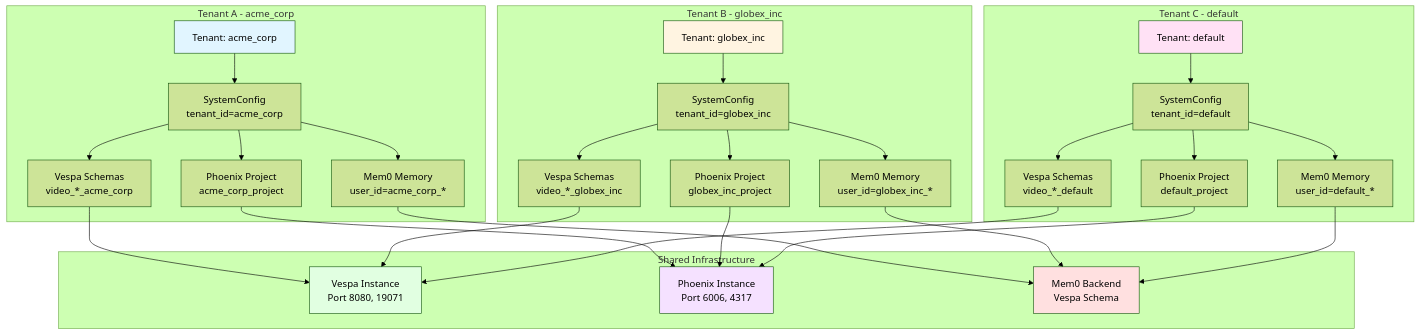
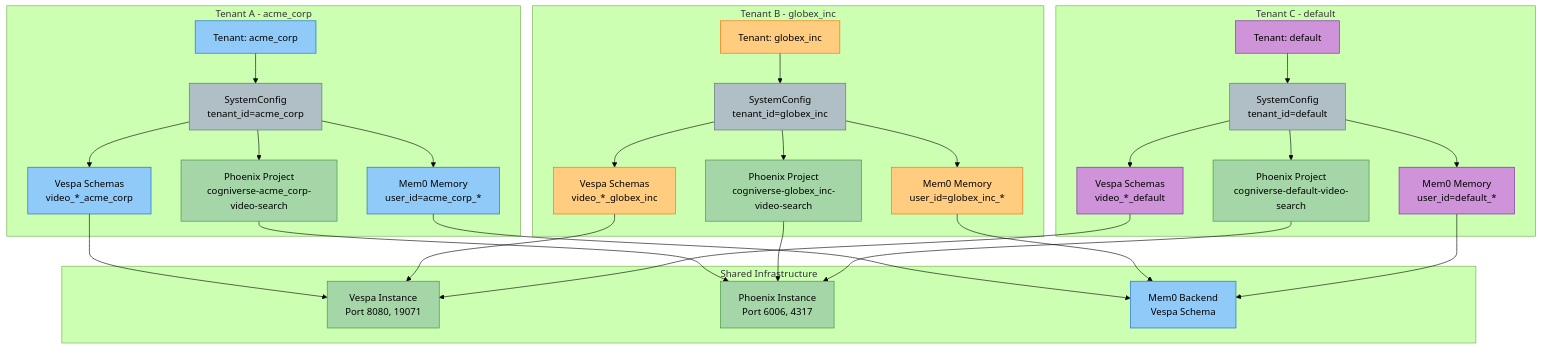
The first of 19 diagrams in docs/diagrams/multi-tenant-diagrams.md (amit-jain/cogniverse), drawn with Mermaid (forest theme) before and after one commit. The commit also changed other lines of this file and 83 other files, not shown here.

First line of the commit message:
Fix documentation veracity, formatting, and diagrams across all modules

````diff
--- a/docs/diagrams/multi-tenant-diagrams.md
+++ b/docs/diagrams/multi-tenant-diagrams.md
@@ -22,66 +18,78 @@
 ```mermaid
-graph TB
+flowchart TB
     subgraph "Tenant A - acme_corp"
-        TenantA[Tenant: acme_corp]
-        ConfigA[SystemConfig<br/>tenant_id=acme_corp]
-        SchemaA[Vespa Schemas<br/>video_*_acme_corp]
-        PhoenixA[Phoenix Project<br/>acme_corp_project]
-        MemoryA[Mem0 Memory<br/>user_id=acme_corp_*]
+        TenantA["<span style='color:#000'>Tenant: acme_corp</span>"]
+        ConfigA["<span style='color:#000'>SystemConfig<br/>tenant_id=acme_corp</span>"]
+        SchemaA["<span style='color:#000'>Vespa Schemas<br/>video_*_acme_corp</span>"]
+        PhoenixA["<span style='color:#000'>Phoenix Project<br/>cogniverse-acme_corp-video-search</span>"]
+        MemoryA["<span style='color:#000'>Mem0 Memory<br/>user_id=acme_corp_*</span>"]
     end
 
     subgraph "Tenant B - globex_inc"
-        TenantB[Tenant: globex_inc]
-        ConfigB[SystemConfig<br/>tenant_id=globex_inc]
-        SchemaB[Vespa Schemas<br/>video_*_globex_inc]
-        PhoenixB[Phoenix Project<br/>globex_inc_project]
-        MemoryB[Mem0 Memory<br/>user_id=globex_inc_*]
+        TenantB["<span style='color:#000'>Tenant: globex_inc</span>"]
+        ConfigB["<span style='color:#000'>SystemConfig<br/>tenant_id=globex_inc</span>"]
+        SchemaB["<span style='color:#000'>Vespa Schemas<br/>video_*_globex_inc</span>"]
+        PhoenixB["<span style='color:#000'>Phoenix Project<br/>cogniverse-globex_inc-video-search</span>"]
+        MemoryB["<span style='color:#000'>Mem0 Memory<br/>user_id=globex_inc_*</span>"]
     end
 
     subgraph "Tenant C - default"
-        TenantC[Tenant: default]
-        ConfigC[SystemConfig<br/>tenant_id=default]
-        SchemaC[Vespa Schemas<br/>video_*_default]
-        PhoenixC[Phoenix Project<br/>default_project]
-        MemoryC[Mem0 Memory<br/>user_id=default_*]
+        TenantC["<span style='color:#000'>Tenant: default</span>"]
+        ConfigC["<span style='color:#000'>SystemConfig<br/>tenant_id=default</span>"]
+        SchemaC["<span style='color:#000'>Vespa Schemas<br/>video_*_default</span>"]
+        PhoenixC["<span style='color:#000'>Phoenix Project<br/>cogniverse-default-video-search</span>"]
+        MemoryC["<span style='color:#000'>Mem0 Memory<br/>user_id=default_*</span>"]
     end
 
     subgraph "Shared Infrastructure"
-        Vespa[Vespa Instance<br/>Port 8080, 19071]
-        Phoenix[Phoenix Instance<br/>Port 6006, 4317]
-        Mem0[Mem0 Backend<br/>Vespa Schema]
+        Vespa["<span style='color:#000'>Vespa Instance<br/>Port 8080, 19071</span>"]
+        Phoenix["<span style='color:#000'>Phoenix Instance<br/>Port 6006, 4317</span>"]
+        Mem0["<span style='color:#000'>Mem0 Backend<br/>Vespa Schema</span>"]
     end
 
     TenantA --> ConfigA
     ConfigA --> SchemaA
     ConfigA --> PhoenixA
     ConfigA --> MemoryA
 
     TenantB --> ConfigB
     ConfigB --> SchemaB
     ConfigB --> PhoenixB
     ConfigB --> MemoryB
 
     TenantC --> ConfigC
     ConfigC --> SchemaC
     ConfigC --> PhoenixC
     ConfigC --> MemoryC
 
     SchemaA --> Vespa
     SchemaB --> Vespa
     SchemaC --> Vespa
 
     PhoenixA --> Phoenix
     PhoenixB --> Phoenix
     PhoenixC --> Phoenix
 
     MemoryA --> Mem0
     MemoryB --> Mem0
     MemoryC --> Mem0
 
-    style TenantA fill:#e1f5ff
-    style TenantB fill:#fff4e1
-    style TenantC fill:#ffe1f5
-    style Vespa fill:#e1ffe1
-    style Phoenix fill:#f5e1ff
-    style Mem0 fill:#ffe0e0
+    style TenantA fill:#90caf9,stroke:#1565c0,color:#000
+    style ConfigA fill:#b0bec5,stroke:#546e7a,color:#000
+    style SchemaA fill:#90caf9,stroke:#1565c0,color:#000
+    style PhoenixA fill:#a5d6a7,stroke:#388e3c,color:#000
+    style MemoryA fill:#90caf9,stroke:#1565c0,color:#000
+    style TenantB fill:#ffcc80,stroke:#ef6c00,color:#000
+    style ConfigB fill:#b0bec5,stroke:#546e7a,color:#000
+    style SchemaB fill:#ffcc80,stroke:#ef6c00,color:#000
+    style PhoenixB fill:#a5d6a7,stroke:#388e3c,color:#000
+    style MemoryB fill:#ffcc80,stroke:#ef6c00,color:#000
+    style TenantC fill:#ce93d8,stroke:#7b1fa2,color:#000
+    style ConfigC fill:#b0bec5,stroke:#546e7a,color:#000
+    style SchemaC fill:#ce93d8,stroke:#7b1fa2,color:#000
+    style PhoenixC fill:#a5d6a7,stroke:#388e3c,color:#000
+    style MemoryC fill:#ce93d8,stroke:#7b1fa2,color:#000
+    style Vespa fill:#a5d6a7,stroke:#388e3c,color:#000
+    style Phoenix fill:#a5d6a7,stroke:#388e3c,color:#000
+    style Mem0 fill:#90caf9,stroke:#1565c0,color:#000
 ```
````
